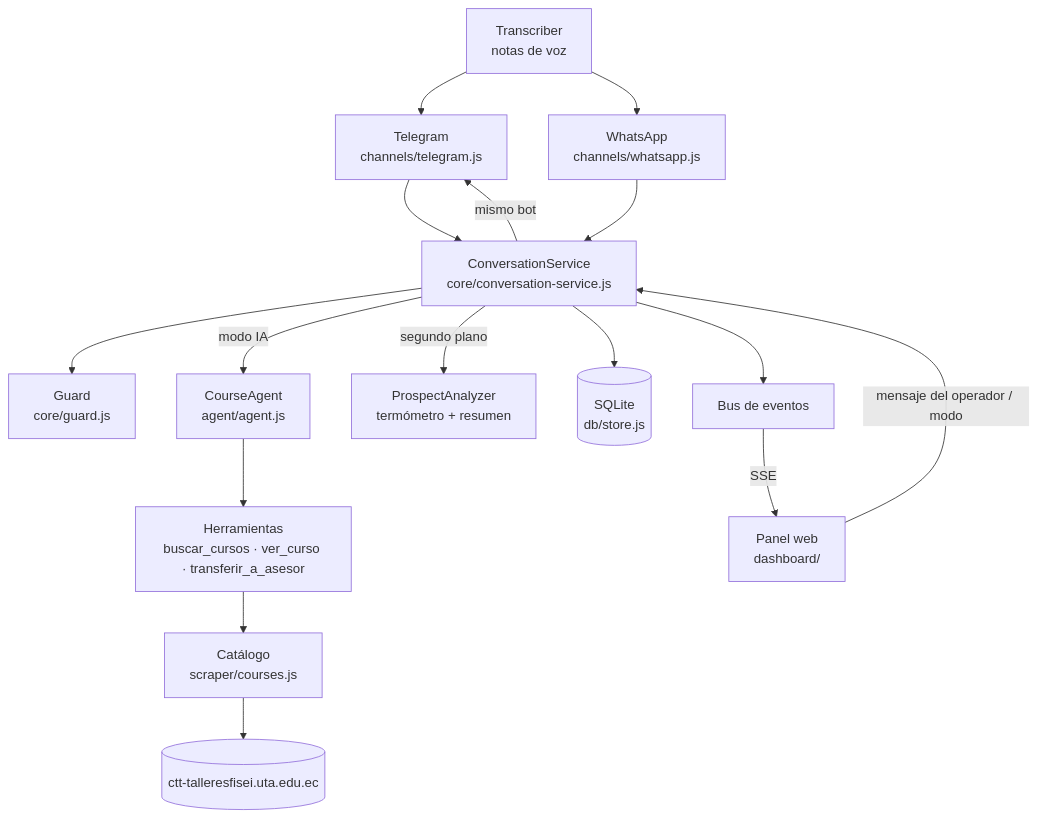
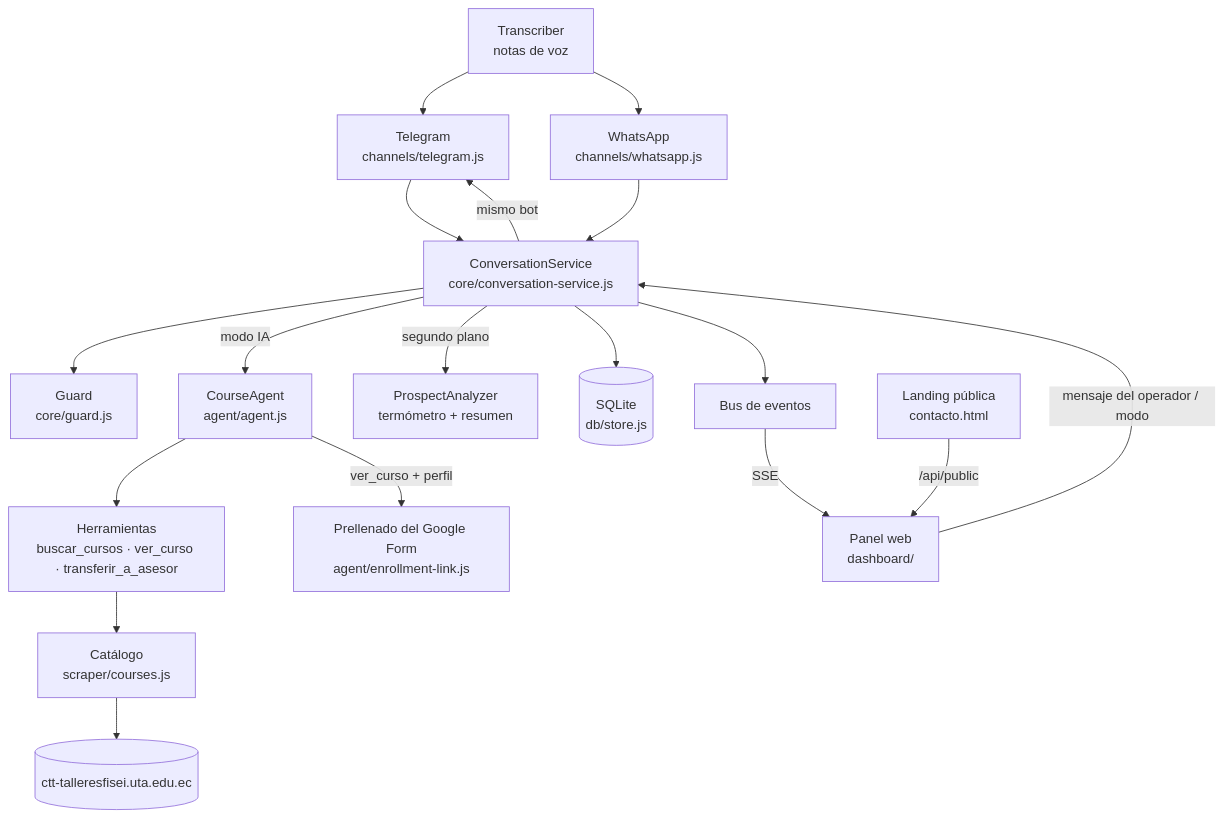
One commit to kiramman-mp3/ctt-fisei-agente changed the diagram in README.md. Above: the diagram before and after it, drawn with Mermaid. The commit also changed other lines of this file, not shown here.

````diff
--- a/README.md
+++ b/README.md
@@ -101,18 +102,20 @@
 ```mermaid
 graph TD
     TG[Telegram<br/>channels/telegram.js] --> CS
     WA[WhatsApp<br/>channels/whatsapp.js] --> CS
     STT[Transcriber<br/>notas de voz] --> TG
     STT --> WA
     CS[ConversationService<br/>core/conversation-service.js] --> G[Guard<br/>core/guard.js]
     CS -->|modo IA| AG[CourseAgent<br/>agent/agent.js]
     AG --> T[Herramientas<br/>buscar_cursos · ver_curso · transferir_a_asesor]
     T --> SC[Catálogo<br/>scraper/courses.js]
     SC --> WEB[(ctt-talleresfisei.uta.edu.ec)]
     CS -->|segundo plano| AN[ProspectAnalyzer<br/>termómetro + resumen]
     CS --> DB[(SQLite<br/>db/store.js)]
     CS --> BUS[Bus de eventos]
     BUS -->|SSE| DASH[Panel web<br/>dashboard/]
     DASH -->|mensaje del operador / modo| CS
     CS -->|mismo bot| TG
+    AG -->|ver_curso + perfil| PF[Prellenado del Google Form<br/>agent/enrollment-link.js]
+    LAND[Landing pública<br/>contacto.html] -->|/api/public| DASH
 ```
````
